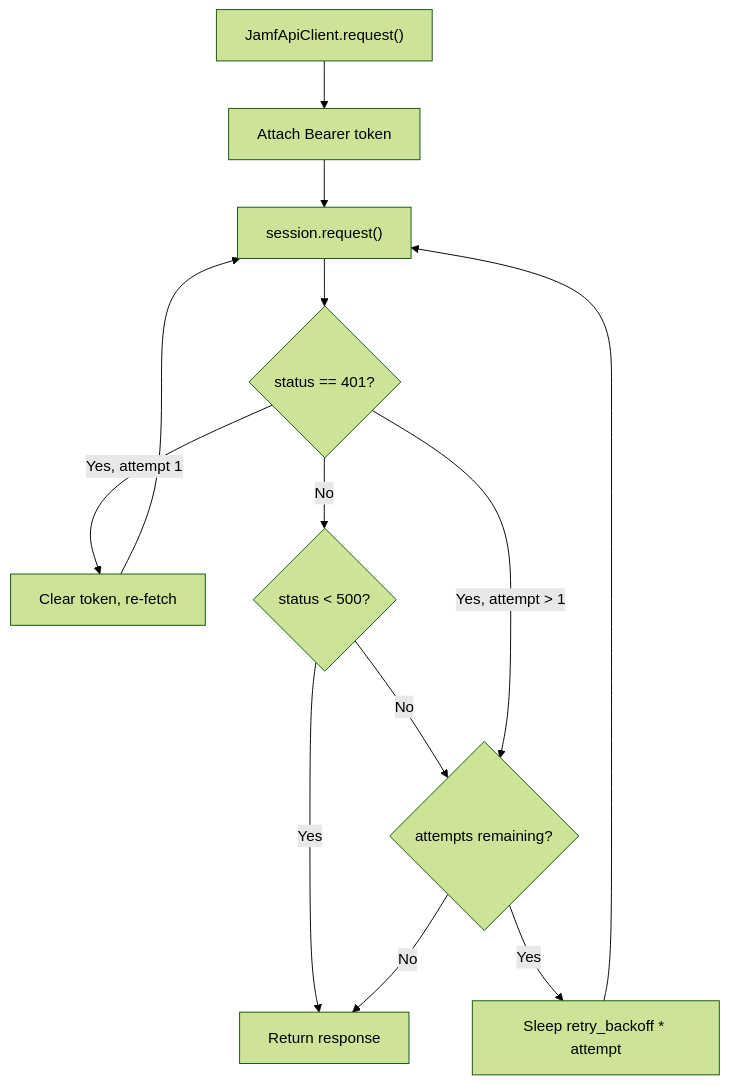
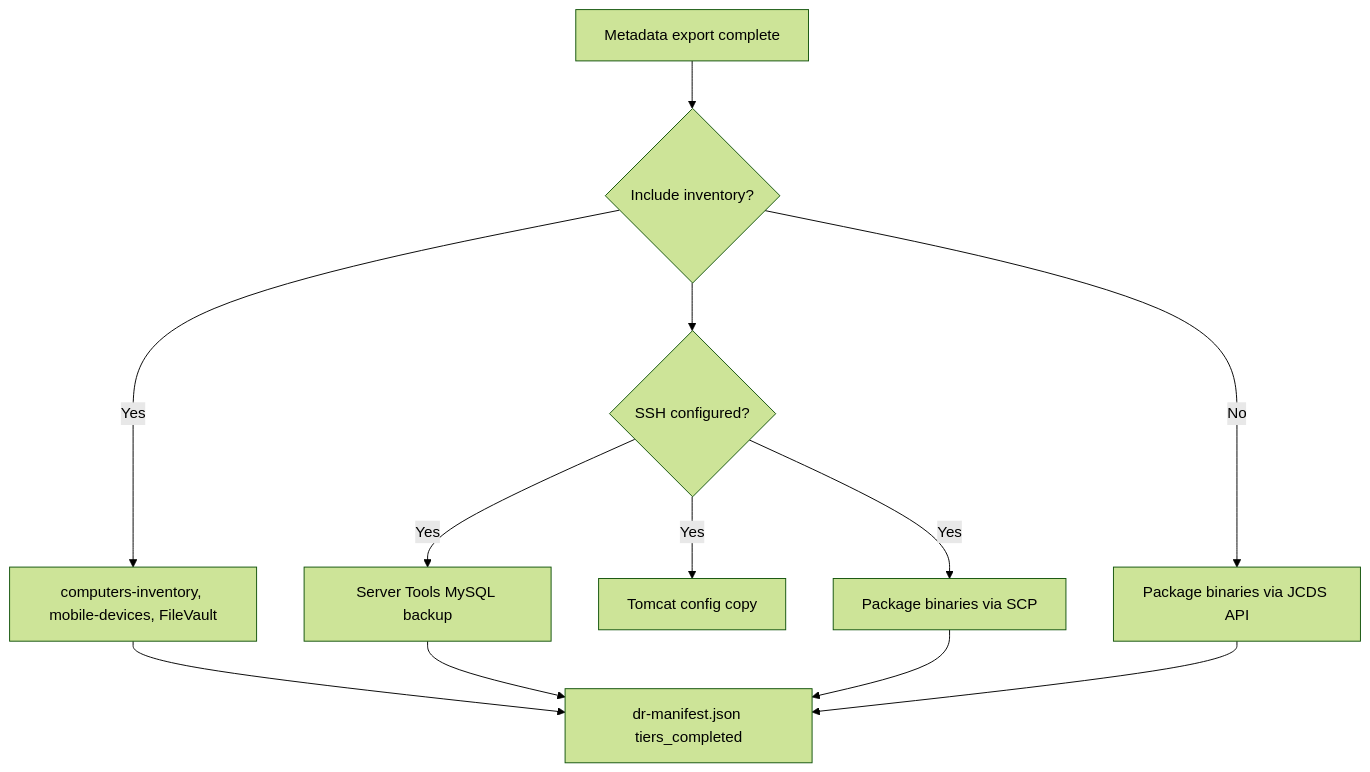
The fourth of 4 diagrams in docs/architecture.md (roto31/jamf-dossier), drawn with Mermaid (forest theme) before and after one commit. The commit also changed other lines of this file and 43 other files, not shown here.

````diff
--- a/docs/architecture.md
+++ b/docs/architecture.md
@@ -105,15 +72,14 @@
 ```mermaid
 flowchart TD
-  Request["JamfApiClient.request()"] --> AttachToken["Attach Bearer token"]
-  AttachToken --> Send["session.request()"]
-  Send --> StatusCheck{"status == 401?"}
-  StatusCheck -->|Yes, attempt 1| RefreshToken["Clear token, re-fetch"]
-  RefreshToken --> Send
-  StatusCheck -->|No| SuccessCheck{"status < 500?"}
-  SuccessCheck -->|Yes| Return["Return response"]
-  SuccessCheck -->|No| RetryCheck{"attempts remaining?"}
-  StatusCheck -->|Yes, attempt > 1| RetryCheck
-  RetryCheck -->|Yes| Backoff["Sleep retry_backoff * attempt"]
-  Backoff --> Send
-  RetryCheck -->|No| Return
+  Meta["Metadata export complete"] --> Inv{"Include inventory?"}
+  Inv -->|Yes| InvAPI["computers-inventory, mobile-devices, FileVault"]
+  Inv --> SSH{"SSH configured?"}
+  SSH -->|Yes| MySQL["Server Tools MySQL backup"]
+  SSH -->|Yes| Tomcat["Tomcat config copy"]
+  SSH -->|Yes| PkgSCP["Package binaries via SCP"]
+  Inv -->|No| PkgCloud["Package binaries via JCDS API"]
+  InvAPI --> DRMan["dr-manifest.json tiers_completed"]
+  MySQL --> DRMan
+  PkgSCP --> DRMan
+  PkgCloud --> DRMan
 ```
````
